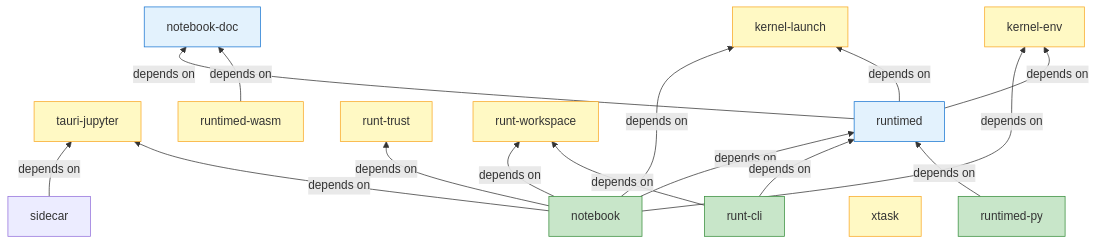
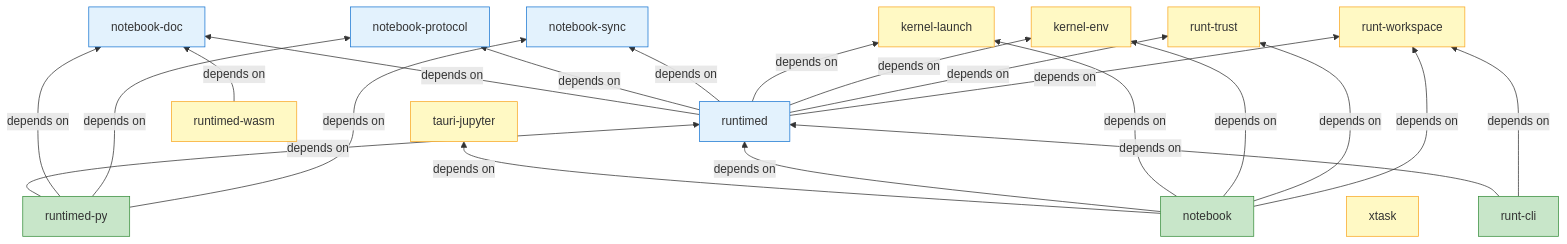
One commit to nteract/desktop changed the third of 3 diagrams in contributing/build-dependencies.md. Above: the diagram before and after it, drawn with Mermaid. The commit also changed other lines of this file and 24 other files, not shown here.

````diff
--- a/contributing/build-dependencies.md
+++ b/contributing/build-dependencies.md
@@ -99,40 +91,47 @@
 ```mermaid
 graph BT
     TJ["tauri-jupyter"]
     RD["runtimed"]
-    SC["sidecar"]
     RC["runt-cli"]
     NB["notebook"]
     ND["notebook-doc"]
+    NP["notebook-protocol"]
+    NS["notebook-sync"]
     XT["xtask"]
     KL["kernel-launch"]
     KE["kernel-env"]
     RT["runt-trust"]
     RW["runt-workspace"]
     RDPY["runtimed-py"]
     RWASM["runtimed-wasm"]
 
-    SC -->|"depends on"| TJ
     NB -->|"depends on"| TJ
     NB -->|"depends on"| RD
     NB -->|"depends on"| KL
     NB -->|"depends on"| KE
     NB -->|"depends on"| RT
     NB -->|"depends on"| RW
     RC -->|"depends on"| RD
     RC -->|"depends on"| RW
     RD -->|"depends on"| ND
+    RD -->|"depends on"| NP
+    RD -->|"depends on"| NS
     RD -->|"depends on"| KL
     RD -->|"depends on"| KE
+    RD -->|"depends on"| RT
+    RD -->|"depends on"| RW
     RDPY -->|"depends on"| RD
+    RDPY -->|"depends on"| ND
+    RDPY -->|"depends on"| NP
+    RDPY -->|"depends on"| NS
     RWASM -->|"depends on"| ND
 
     classDef standalone fill:#fff9c4,stroke:#f9a825
     classDef leaf fill:#c8e6c9,stroke:#388e3c
     classDef shared fill:#e3f2fd,stroke:#1976d2
 
     class TJ,KL,KE,RT,RW,RWASM standalone
     class XT standalone
     class NB,RC,RDPY leaf
-    class RD,ND shared
+    class RD,ND,NP,NS shared
 ```
````
